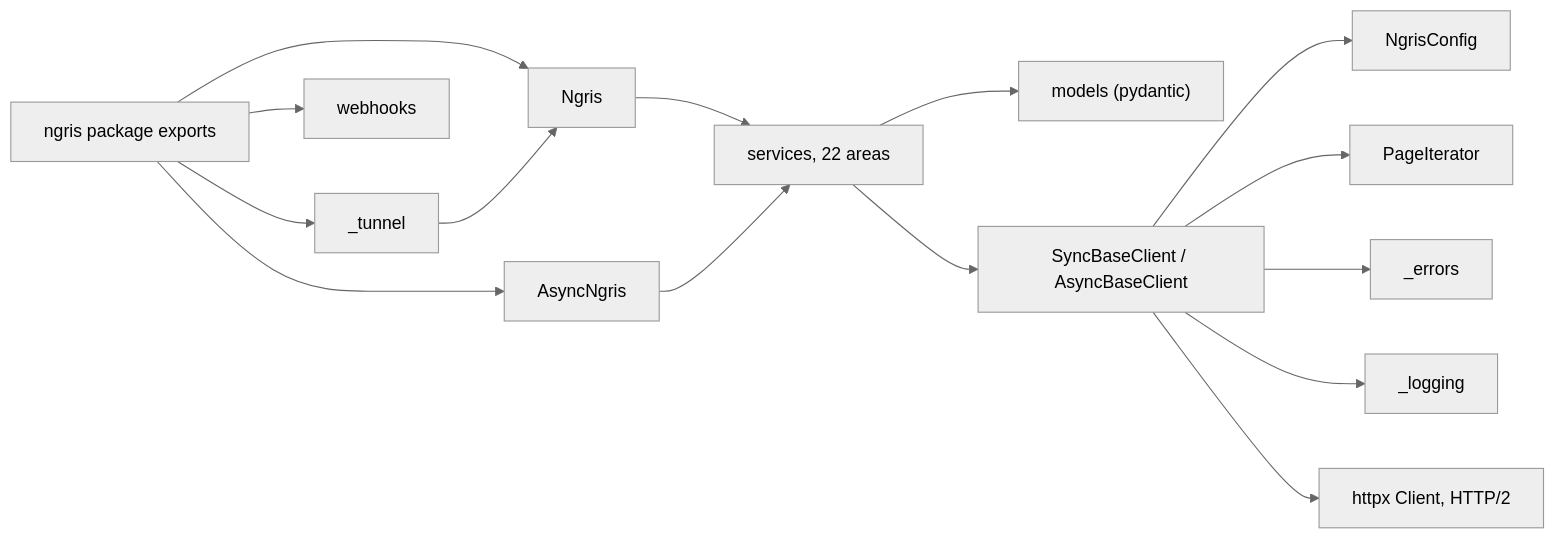
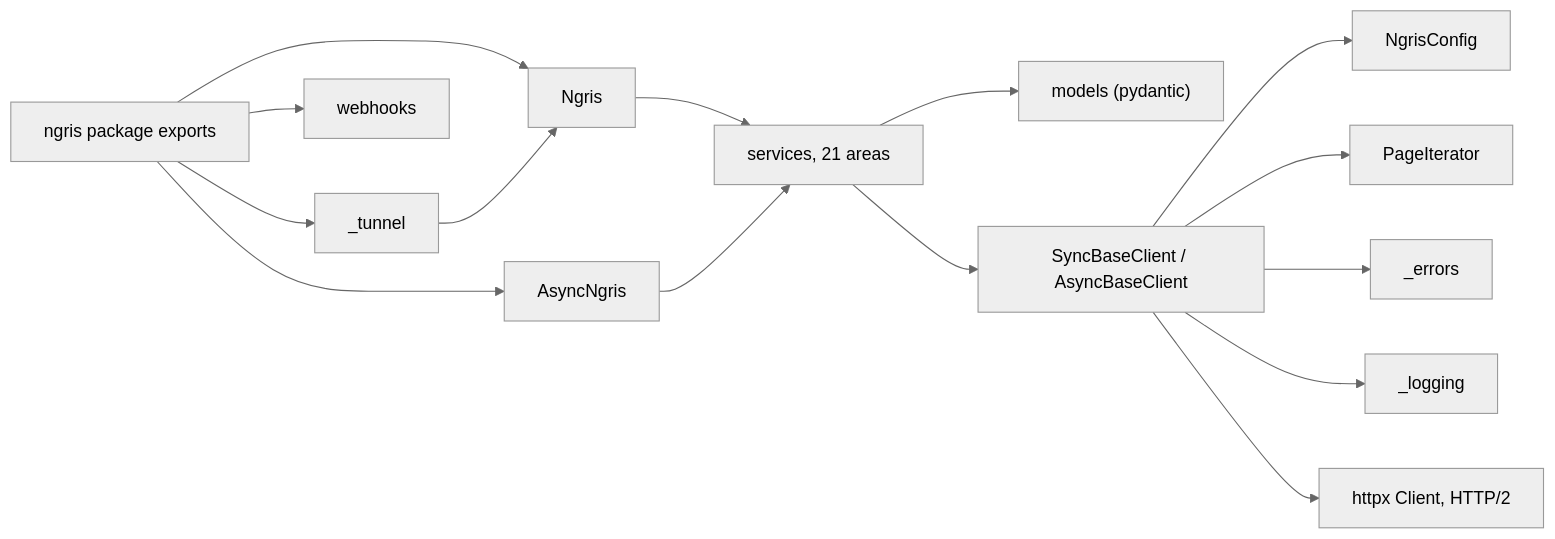
Before and after one commit to ngris-edge/sdk: the second of 4 diagrams in docs/ARCHITECTURE.md, drawn with Mermaid (neutral theme). The commit also changed other lines of this file and 18 other files, not shown here.

````diff
--- a/docs/ARCHITECTURE.md
+++ b/docs/ARCHITECTURE.md
@@ -43,17 +43,17 @@
 ```mermaid
 flowchart LR
   exports["ngris package exports"] --> syncC["Ngris"]
   exports --> asyncC["AsyncNgris"]
   exports --> tun["_tunnel"]
   exports --> wh["webhooks"]
-  syncC --> svc["services, 22 areas"]
+  syncC --> svc["services, 21 areas"]
   asyncC --> svc
   svc --> models["models (pydantic)"]
   svc --> base["SyncBaseClient / AsyncBaseClient"]
   base --> cfg["NgrisConfig"]
   base --> pages["PageIterator"]
   base --> errs["_errors"]
   base --> logs["_logging"]
   base --> httpx["httpx Client, HTTP/2"]
   tun --> syncC
 ```
````
